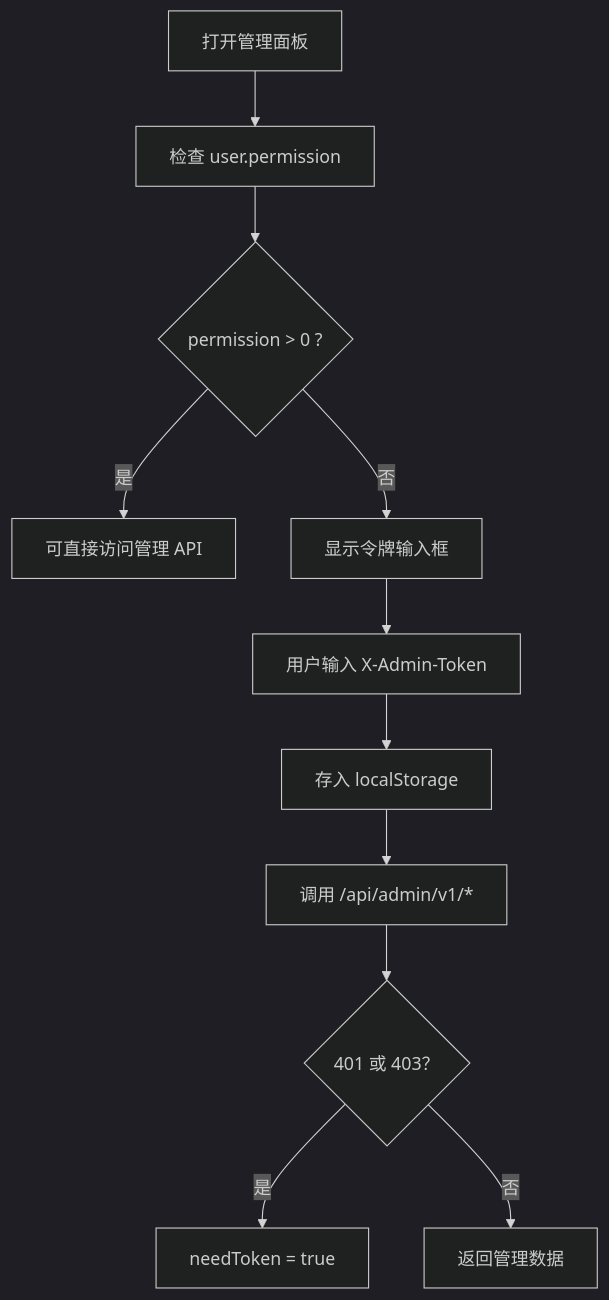
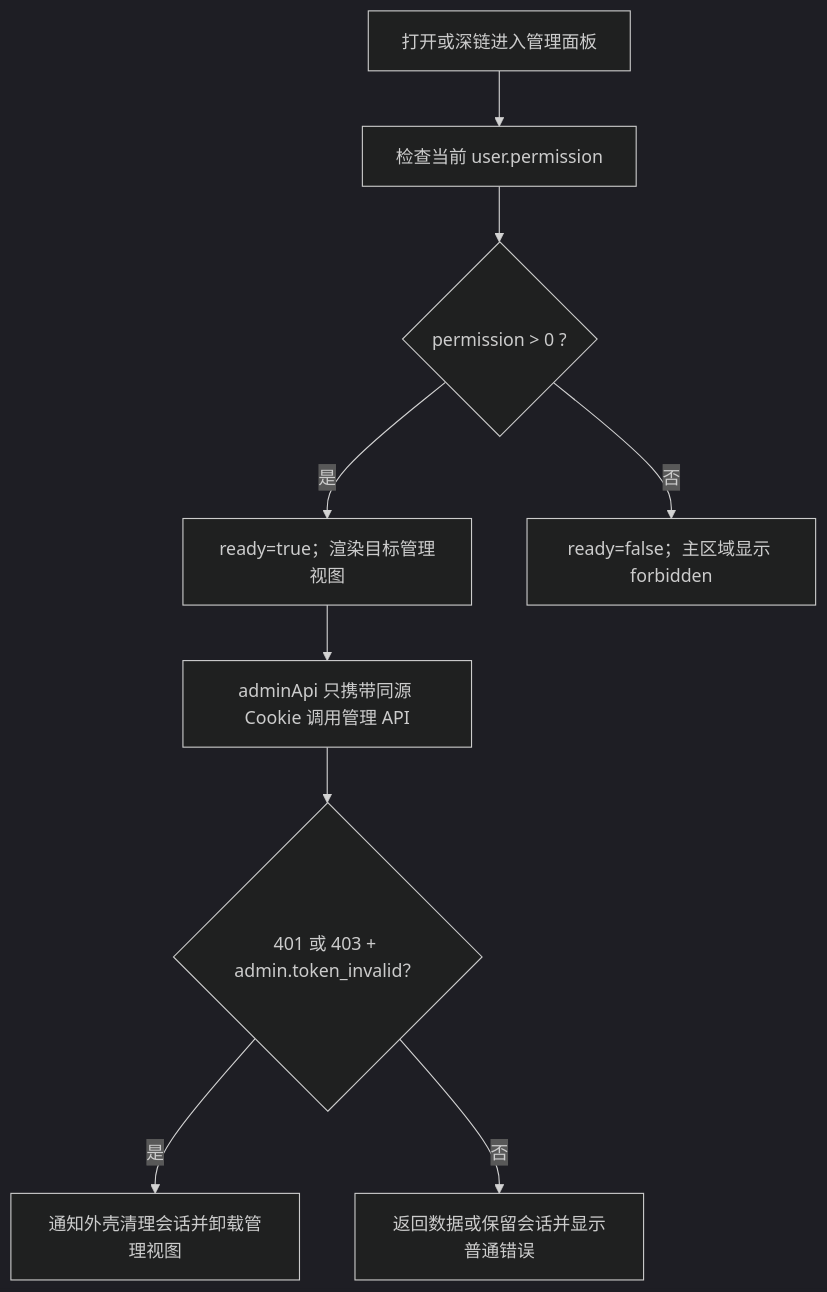
One commit to YimingZhanshen/skin-nexus changed the fifth of 7 diagrams in docs/handbook/API-客户端封装.md. Above: the diagram before and after it, drawn with Mermaid (dark theme). The commit also changed other lines of this file and 24 other files, not shown here.

````diff
--- a/docs/handbook/API-客户端封装.md
+++ b/docs/handbook/API-客户端封装.md
@@ -278,13 +278,11 @@
 ```mermaid
 flowchart TD
-    OpenAdmin["打开管理面板"] --> CheckPerm["检查 user.permission"]
+    OpenAdmin["打开或深链进入管理面板"] --> CheckPerm["检查当前 user.permission"]
     CheckPerm --> IsAdmin{"permission > 0 ?"}
-    IsAdmin -->|是| Ready["可直接访问管理 API"]
-    IsAdmin -->|否| ShowToken["显示令牌输入框"]
-    ShowToken --> InputToken["用户输入 X-Admin-Token"]
-    InputToken --> Persist["存入 localStorage"]
-    Persist --> CallAdmin["调用 /api/admin/v1/*"]
-    CallAdmin --> AuthResp{"401 或 403？"}
-    AuthResp -->|是| NeedToken["needToken = true"]
-    AuthResp -->|否| Data["返回管理数据"]
+    IsAdmin -->|是| Ready["ready=true；渲染目标管理视图"]
+    IsAdmin -->|否| Forbidden["ready=false；主区域显示 forbidden"]
+    Ready --> CallAdmin["adminApi 只携带同源 Cookie 调用管理 API"]
+    CallAdmin --> AuthResp{"401 或 403 + admin.token_invalid？"}
+    AuthResp -->|是| ClearSession["通知外壳清理会话并卸载管理视图"]
+    AuthResp -->|否| Result["返回数据或保留会话并显示普通错误"]
 ```
````
